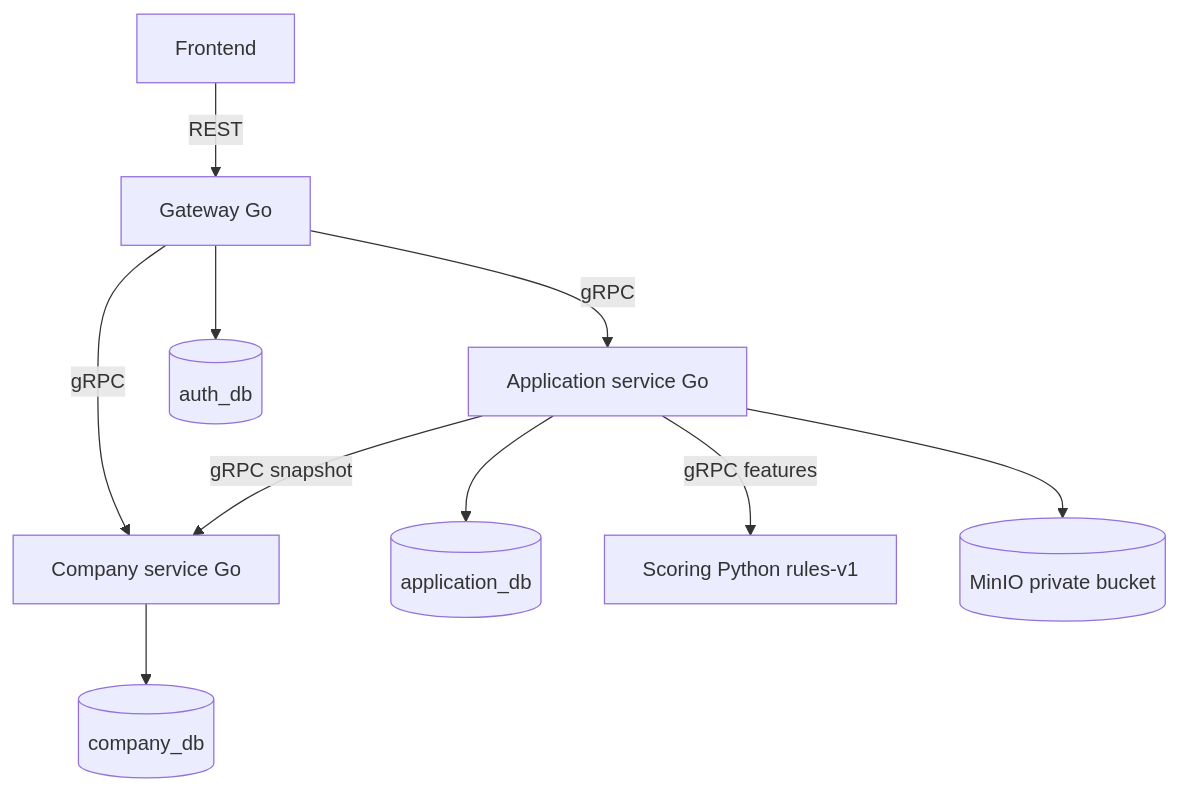
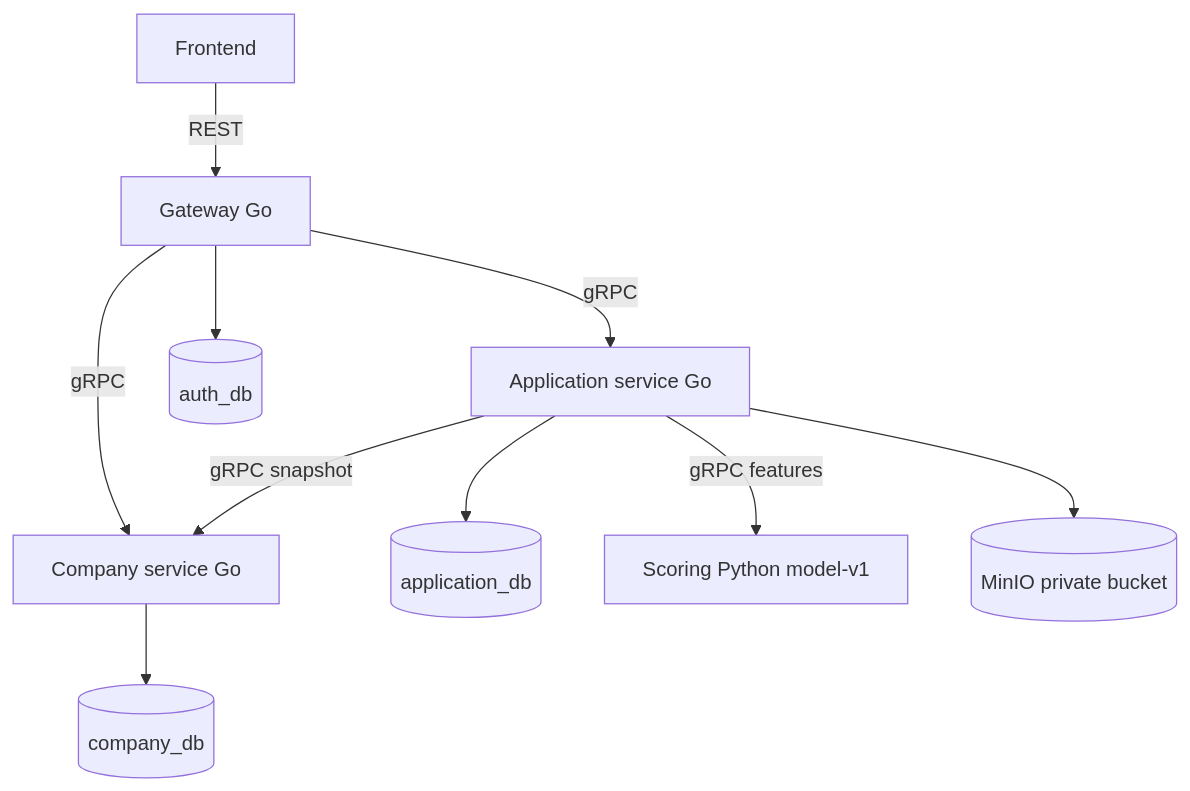
Before and after one commit to robust-estimates/robust.estimates: the first of 4 diagrams in docs/architecture.md, drawn with Mermaid. The commit also changed 16 other files, not shown here.

````diff
--- a/docs/architecture.md
+++ b/docs/architecture.md
@@ -3,12 +3,12 @@
 ```mermaid
 flowchart TB
  F[Frontend] -->|REST| G[Gateway Go]
  G -->|gRPC| C[Company service Go]
  G -->|gRPC| A[Application service Go]
  G --> AU[(auth_db)]
  C --> CD[(company_db)]
  A --> AD[(application_db)]
  A -->|gRPC snapshot| C
- A -->|gRPC features| S[Scoring Python rules-v1]
+ A -->|gRPC features| S[Scoring Python model-v1]
  A --> M[(MinIO private bucket)]
 ```
````
